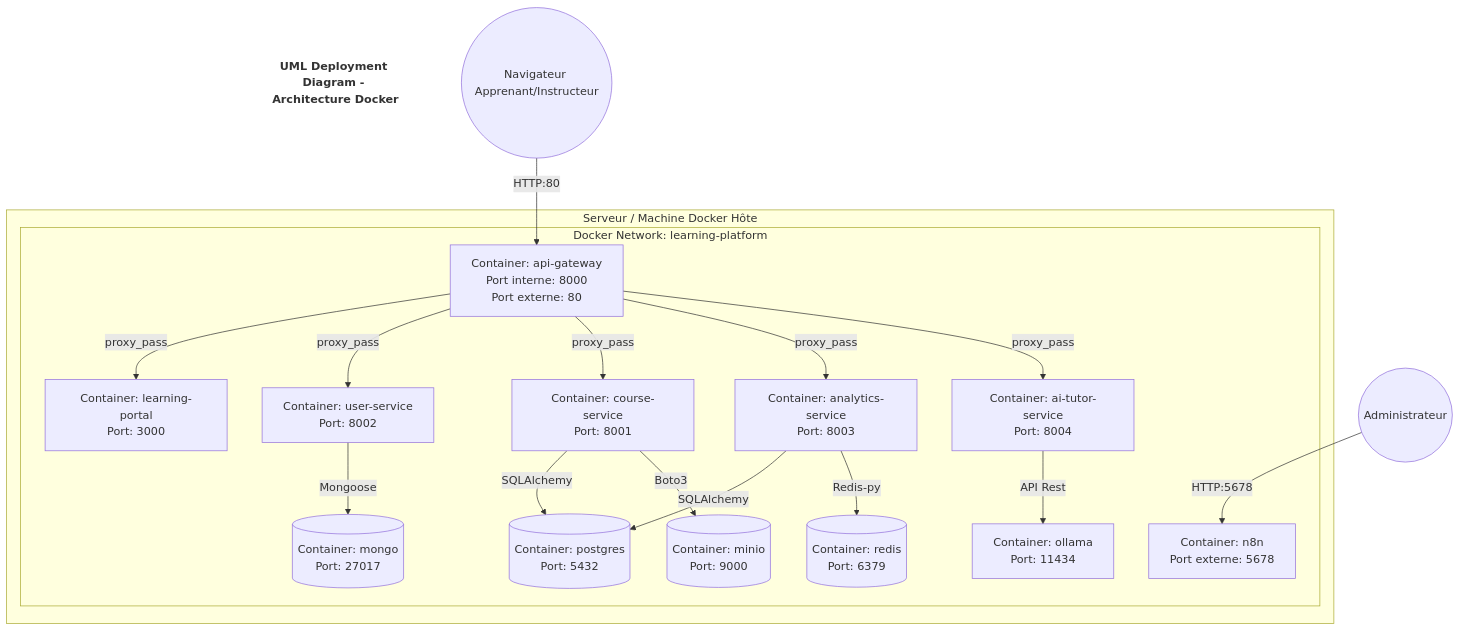
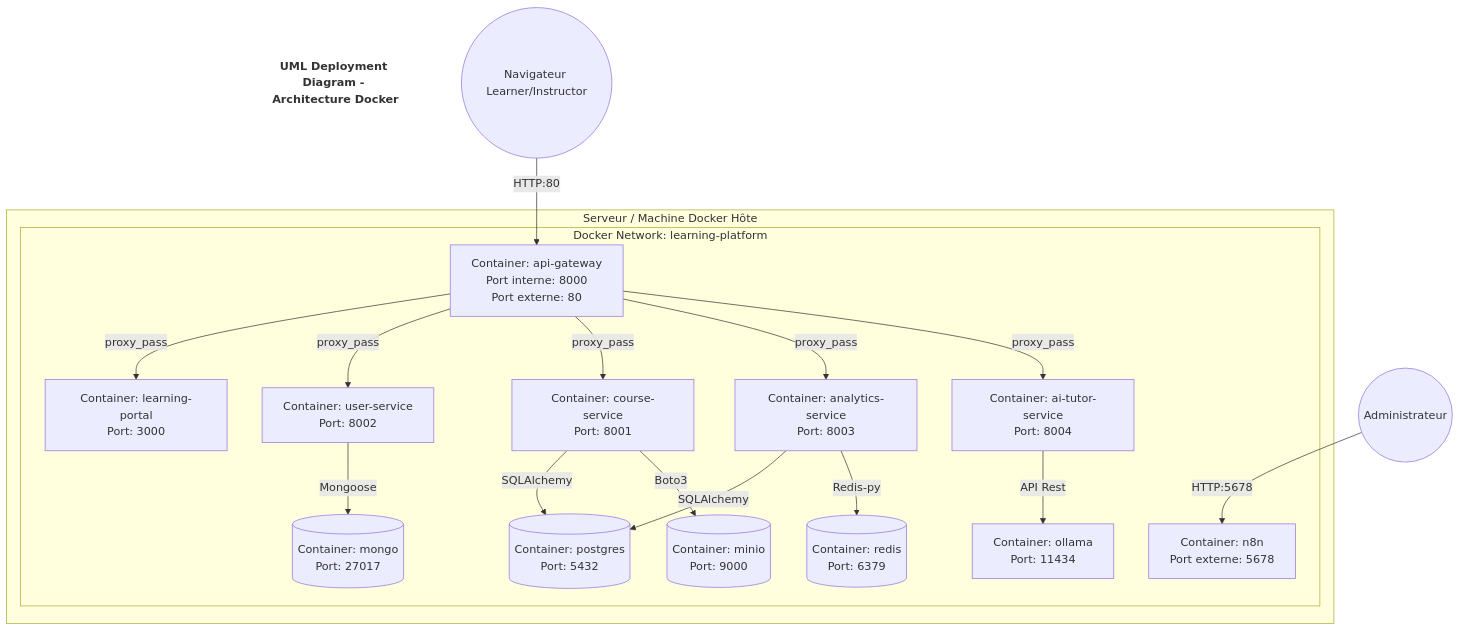
One commit to Sen-Se1/elearning-microservice-platform changed the tenth of 10 diagrams in architecture.md. Above: the diagram before and after it, drawn with Mermaid. The commit also changed other lines of this file, not shown here.

Commit message:
docs: localize architecture terminology to English and refine Use Case diagrams

````diff
--- a/architecture.md
+++ b/architecture.md
@@ -470,42 +499,42 @@
 ```mermaid
 flowchart TD
     title["UML Deployment Diagram - Architecture Docker"]
     style title fill:none,stroke:none,font-weight:bold,font-size:16px
 
     subgraph Host[Serveur / Machine Docker Hôte]
         subgraph DockerNetwork[Docker Network: learning-platform]
             Gateway["Container: api-gateway<br/>Port interne: 8000<br/>Port externe: 80"]
             
             Frontend["Container: learning-portal<br/>Port: 3000"]
             
             UserSvc["Container: user-service<br/>Port: 8002"]
             CourseSvc["Container: course-service<br/>Port: 8001"]
             AnalyticsSvc["Container: analytics-service<br/>Port: 8003"]
             AITutorSvc["Container: ai-tutor-service<br/>Port: 8004"]
             N8N["Container: n8n<br/>Port externe: 5678"]
             
             Ollama["Container: ollama<br/>Port: 11434"]
             
             PG[("Container: postgres<br/>Port: 5432")]
             Mongo[("Container: mongo<br/>Port: 27017")]
             Redis[("Container: redis<br/>Port: 6379")]
             Minio[("Container: minio<br/>Port: 9000")]
         end
     end
     
-    Client((Navigateur Apprenant/Instructeur)) -->|HTTP:80| Gateway
+    Client((Navigateur Learner/Instructor)) -->|HTTP:80| Gateway
     Admin((Administrateur)) -->|HTTP:5678| N8N
     
     Gateway -->|proxy_pass| Frontend
     Gateway -->|proxy_pass| UserSvc
     Gateway -->|proxy_pass| CourseSvc
     Gateway -->|proxy_pass| AnalyticsSvc
     Gateway -->|proxy_pass| AITutorSvc
     
     UserSvc -->|Mongoose| Mongo
     CourseSvc -->|SQLAlchemy| PG
     CourseSvc -->|Boto3| Minio
     AnalyticsSvc -->|SQLAlchemy| PG
     AnalyticsSvc -->|Redis-py| Redis
     AITutorSvc -->|API Rest| Ollama
 ```
````
